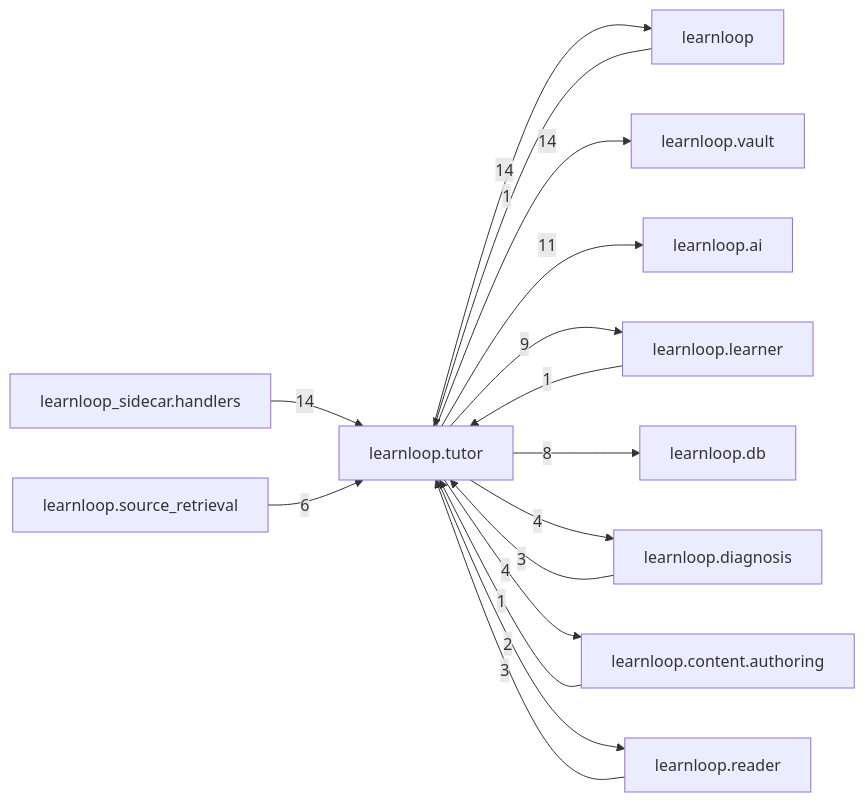
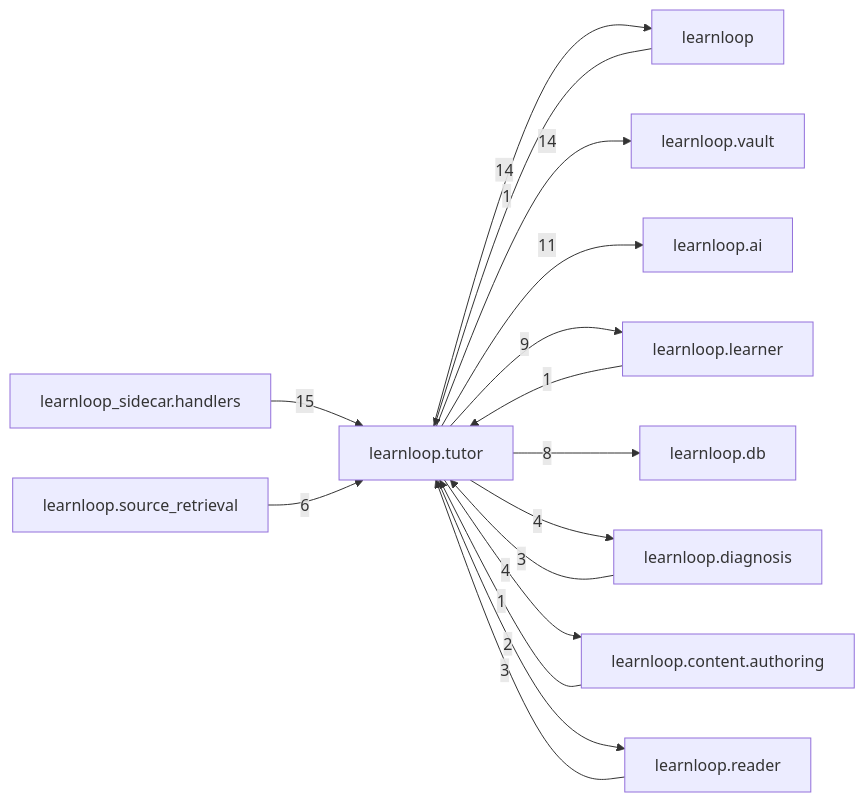
Before and after one commit to 6up-b/learnanything: the diagram in docs/learnloop-architecture-vault/Reference/Modules/learnloop/tutor/_package.md, drawn with Mermaid. The commit also changed other lines of this file and 89 other files, not shown here.

````diff
--- a/docs/learnloop-architecture-vault/Reference/Modules/learnloop/tutor/_package.md
+++ b/docs/learnloop-architecture-vault/Reference/Modules/learnloop/tutor/_package.md
@@ -117,29 +117,29 @@
 ```mermaid
 flowchart LR
     center["learnloop.tutor"]
     n_learnloop["learnloop"]
+    n_learnloop_sidecar_handlers["learnloop_sidecar.handlers"]
     n_learnloop_vault["learnloop.vault"]
-    n_learnloop_sidecar_handlers["learnloop_sidecar.handlers"]
     n_learnloop_ai["learnloop.ai"]
     n_learnloop_learner["learnloop.learner"]
     n_learnloop_db["learnloop.db"]
     n_learnloop_diagnosis["learnloop.diagnosis"]
     n_learnloop_source_retrieval["learnloop.source_retrieval"]
     n_learnloop_content_authoring["learnloop.content.authoring"]
     n_learnloop_reader["learnloop.reader"]
     n_learnloop -->|1| center
     center -->|14| n_learnloop
+    n_learnloop_sidecar_handlers -->|15| center
     center -->|14| n_learnloop_vault
-    n_learnloop_sidecar_handlers -->|14| center
     center -->|11| n_learnloop_ai
     n_learnloop_learner -->|1| center
     center -->|9| n_learnloop_learner
     center -->|8| n_learnloop_db
     n_learnloop_diagnosis -->|3| center
     center -->|4| n_learnloop_diagnosis
     n_learnloop_source_retrieval -->|6| center
     n_learnloop_content_authoring -->|1| center
     center -->|4| n_learnloop_content_authoring
     n_learnloop_reader -->|3| center
     center -->|2| n_learnloop_reader
 ```
````
